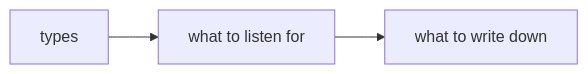
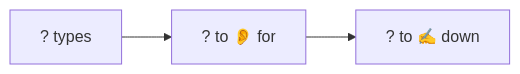
One commit to m27387/shaoyi.info changed the first of 2 diagrams in content/notes/TOEFL/note-taking.md. Above: the diagram before and after it, drawn with Mermaid. The commit also changed other lines of this file and 52 other files, not shown here.

```diff
--- a/content/notes/TOEFL/note-taking.md
+++ b/content/notes/TOEFL/note-taking.md
@@ -20,5 +20,5 @@
 {{< mermaid >}}
 graph LR;
-A[types]-->B[what to listen for];
-B-->C[what to write down]
+A[? types]-->B[? to 👂 for];
+B-->C[? to ✍️ down]
 {{< /mermaid >}}
```
